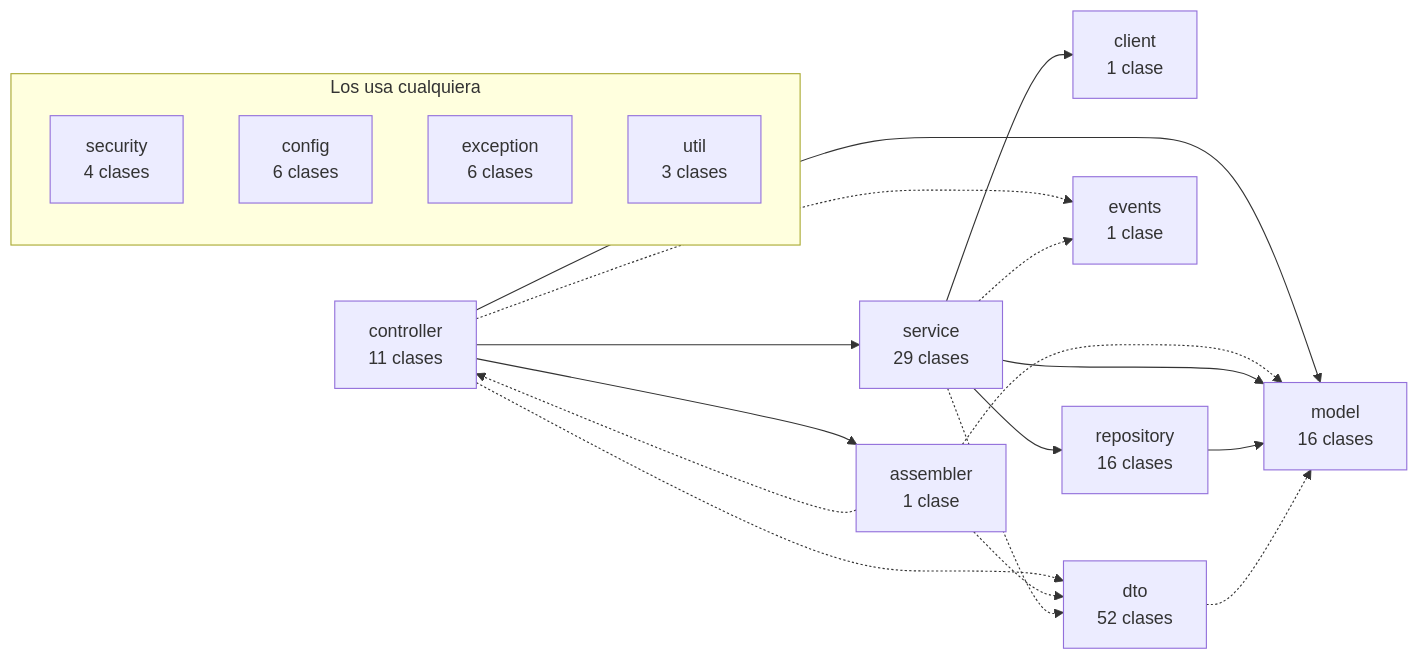
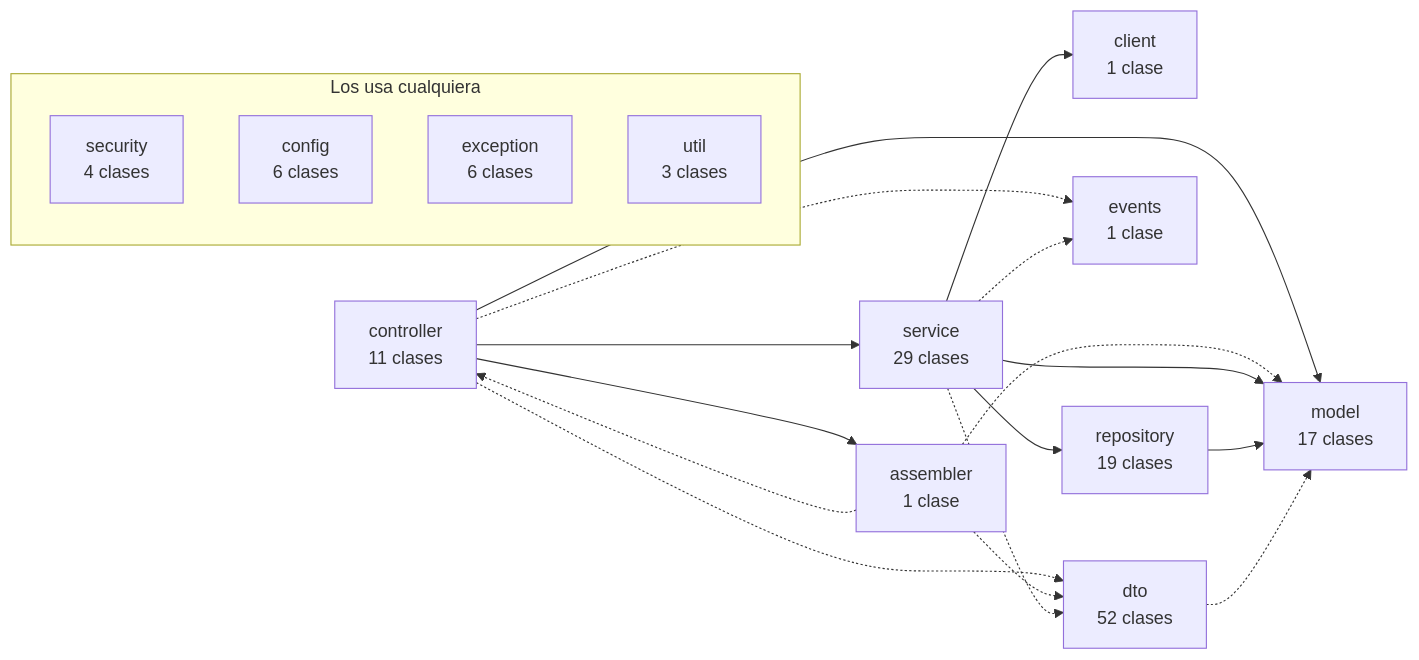
Before and after one commit to TechnicalBridge/DataBridge: the third of 8 diagrams in docs/diagramas/componentes.md, drawn with Mermaid. The commit also changed other lines of this file and 33 other files, not shown here.

````diff
--- a/docs/diagramas/componentes.md
+++ b/docs/diagramas/componentes.md
@@ -165,33 +165,33 @@
 ```mermaid
 flowchart LR
     controller["controller<br/>11 clases"]
     assembler["assembler<br/>1 clase"]
     service["service<br/>29 clases"]
     client["client<br/>1 clase"]
-    repository["repository<br/>16 clases"]
-    model["model<br/>16 clases"]
+    repository["repository<br/>19 clases"]
+    model["model<br/>17 clases"]
     events["events<br/>1 clase"]
     dto["dto<br/>52 clases"]
     subgraph TRANSVERSAL["Los usa cualquiera"]
         direction TB
         security["security<br/>4 clases"]
         config["config<br/>6 clases"]
         exception["exception<br/>6 clases"]
         util["util<br/>3 clases"]
     end
     controller --> assembler
     controller --> service
     controller --> model
     controller -.-> events
     controller -.-> dto
     assembler -.-> controller
     assembler -.-> model
     assembler -.-> dto
     service --> client
     service --> repository
     service --> model
     service -.-> events
     service -.-> dto
     repository --> model
     dto -.-> model
 ```
````
